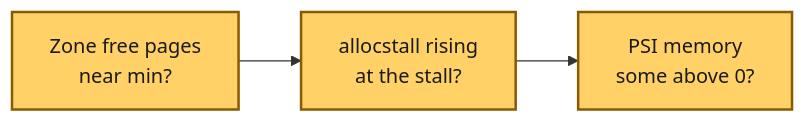
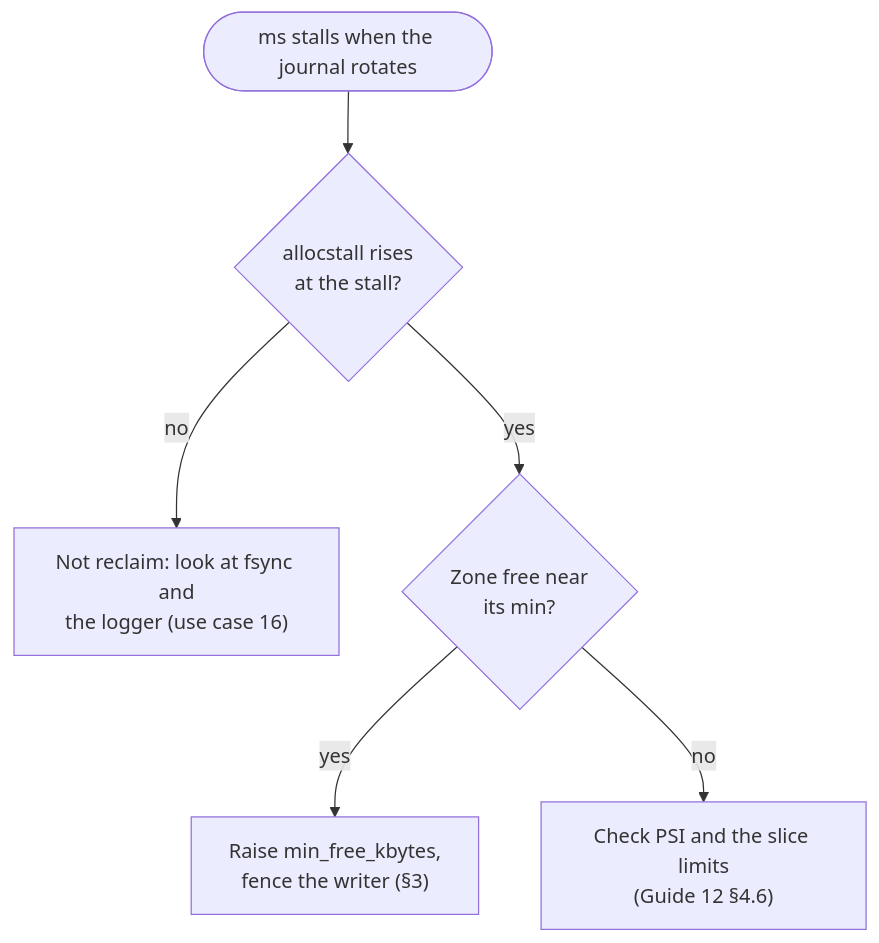
The diagram in examples/use-cases/17-memory-pressure-on-a-latency-host.md (vitor-tadashi/mechanical-sympathy), drawn with Mermaid before and after one commit. The commit also changed other lines of this file and 21 other files, not shown here.

````diff
--- a/examples/use-cases/17-memory-pressure-on-a-latency-host.md
+++ b/examples/use-cases/17-memory-pressure-on-a-latency-host.md
@@ -30,6 +30,8 @@
 ```mermaid
-flowchart LR
-  a["Zone free pages<br/>near min?"] --> b["allocstall rising<br/>at the stall?"] --> c["PSI memory<br/>some above 0?"]
-  class a,b,c focus
-  classDef focus fill:#ffd166,stroke:#8a5a00,color:#1a1a1a,stroke-width:2px
+flowchart TD
+  s(["ms stalls when the journal rotates"]) --> q1{"allocstall rises<br/>at the stall?"}
+  q1 -- no --> f1["Not reclaim: look at fsync and<br/>the logger (use case 16)"]
+  q1 -- yes --> q2{"Zone free near<br/>its min?"}
+  q2 -- yes --> f2["Raise min_free_kbytes,<br/>fence the writer (§3)"]
+  q2 -- no --> f3["Check PSI and the slice limits<br/>(Guide 12 §4.6)"]
 ```
````
